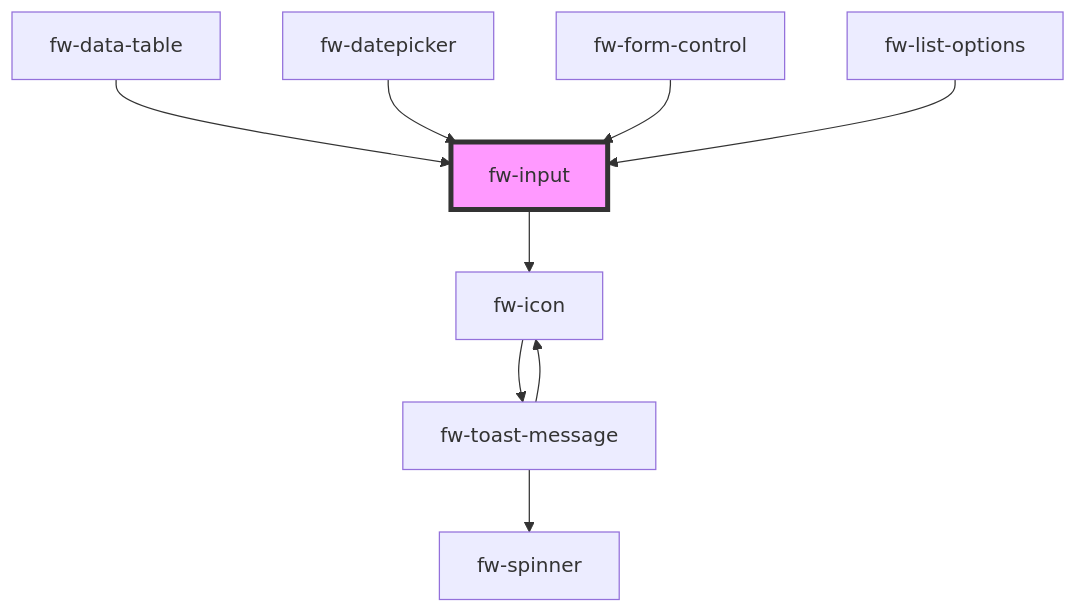
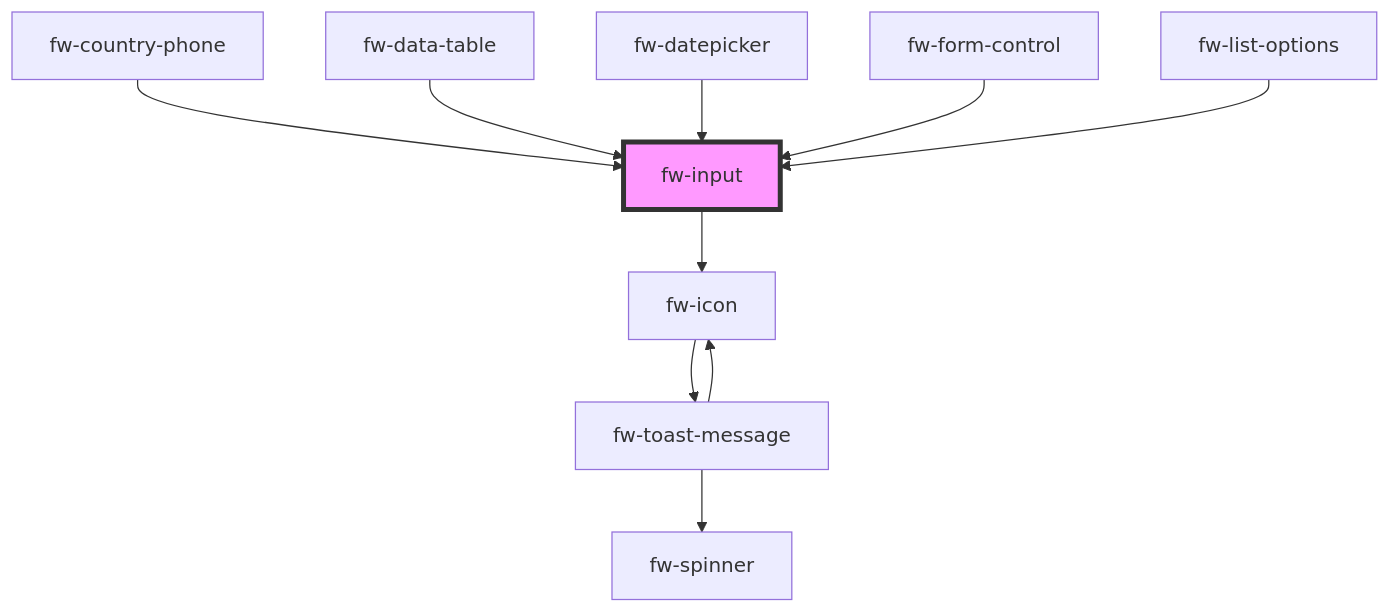
Before and after one commit to freshworks/crayons: the diagram in packages/crayons-core/src/components/input/readme.md, drawn with Mermaid. The commit also changed other lines of this file and 16 other files, not shown here.

````diff
--- a/packages/crayons-core/src/components/input/readme.md
+++ b/packages/crayons-core/src/components/input/readme.md
@@ -325,12 +326,13 @@
 ```mermaid
 graph TD;
   fw-input --> fw-icon
   fw-icon --> fw-toast-message
   fw-toast-message --> fw-spinner
   fw-toast-message --> fw-icon
+  fw-country-phone --> fw-input
   fw-data-table --> fw-input
   fw-datepicker --> fw-input
   fw-form-control --> fw-input
   fw-list-options --> fw-input
   style fw-input fill:#f9f,stroke:#333,stroke-width:4px
 ```
````
